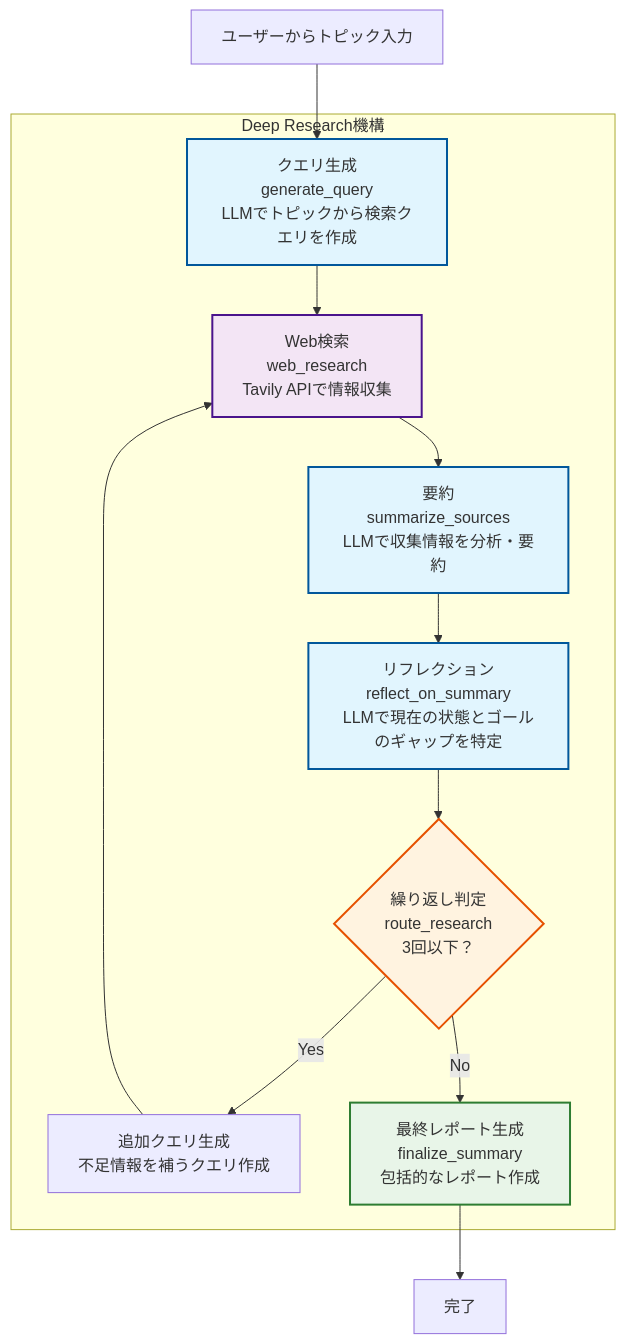
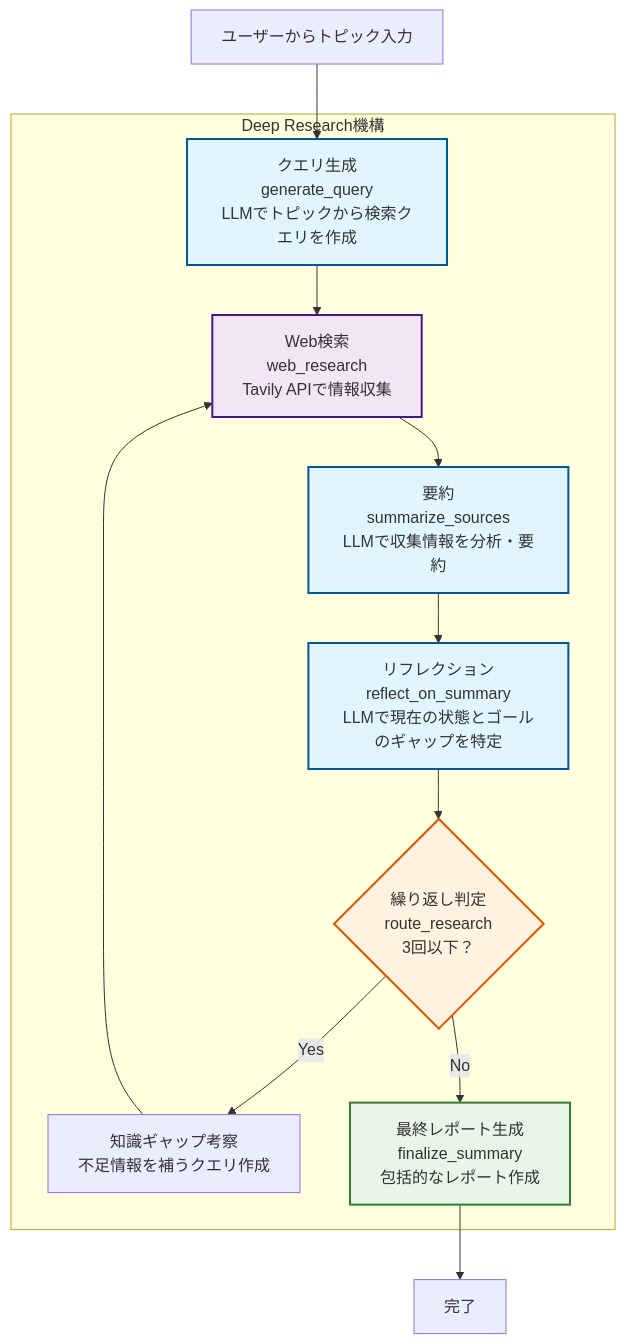
Before and after one commit to 07JP27/zenn-content: the first of 2 diagrams in articles/ms-oss-deepresearch.md, drawn with Mermaid. The commit also changed other lines of this file, not shown here.

````diff
--- a/articles/ms-oss-deepresearch.md
+++ b/articles/ms-oss-deepresearch.md
@@ -256,45 +274,45 @@
 ```mermaid
 flowchart TD
     A[ユーザーからトピック入力] 
     
     subgraph DR ["Deep Research機構"]
         B[クエリ生成<br/>generate_query<br/>LLMでトピックから検索クエリを作成]
         
         C[Web検索<br/>web_research<br/>Tavily APIで情報収集]
         
         D[要約<br/>summarize_sources<br/>LLMで収集情報を分析・要約]
         
         E[リフレクション<br/>reflect_on_summary<br/>LLMで現在の状態とゴールのギャップを特定]
         
         F{繰り返し判定<br/>route_research<br/>3回以下？}
         
-        G[追加クエリ生成<br/>不足情報を補うクエリ作成]
+        G[知識ギャップ考察<br/>不足情報を補うクエリ作成]
         
         H[最終レポート生成<br/>finalize_summary<br/>包括的なレポート作成]
         
         B --> C
         C --> D
         D --> E
         E --> F
         F -->|Yes<br/>| G
         G --> C
         F -->|No<br/>| H
     end
     
     I[完了]
     
     A --> B
     H --> I
     
     style B fill:#e1f5fe,stroke:#01579b,stroke-width:2px
     style D fill:#e1f5fe,stroke:#01579b,stroke-width:2px
     style E fill:#e1f5fe,stroke:#01579b,stroke-width:2px
     style C fill:#f3e5f5,stroke:#4a148c,stroke-width:2px
     style F fill:#fff3e0,stroke:#e65100,stroke-width:2px
     style H fill:#e8f5e8,stroke:#2e7d32,stroke-width:2px
     
     classDef llmNode fill:#e1f5fe,stroke:#01579b,stroke-width:2px
     classDef webNode fill:#f3e5f5,stroke:#4a148c,stroke-width:2px
     classDef routeNode fill:#fff3e0,stroke:#e65100,stroke-width:2px
     classDef finalNode fill:#e8f5e8,stroke:#2e7d32,stroke-width:2px
 ```
````
